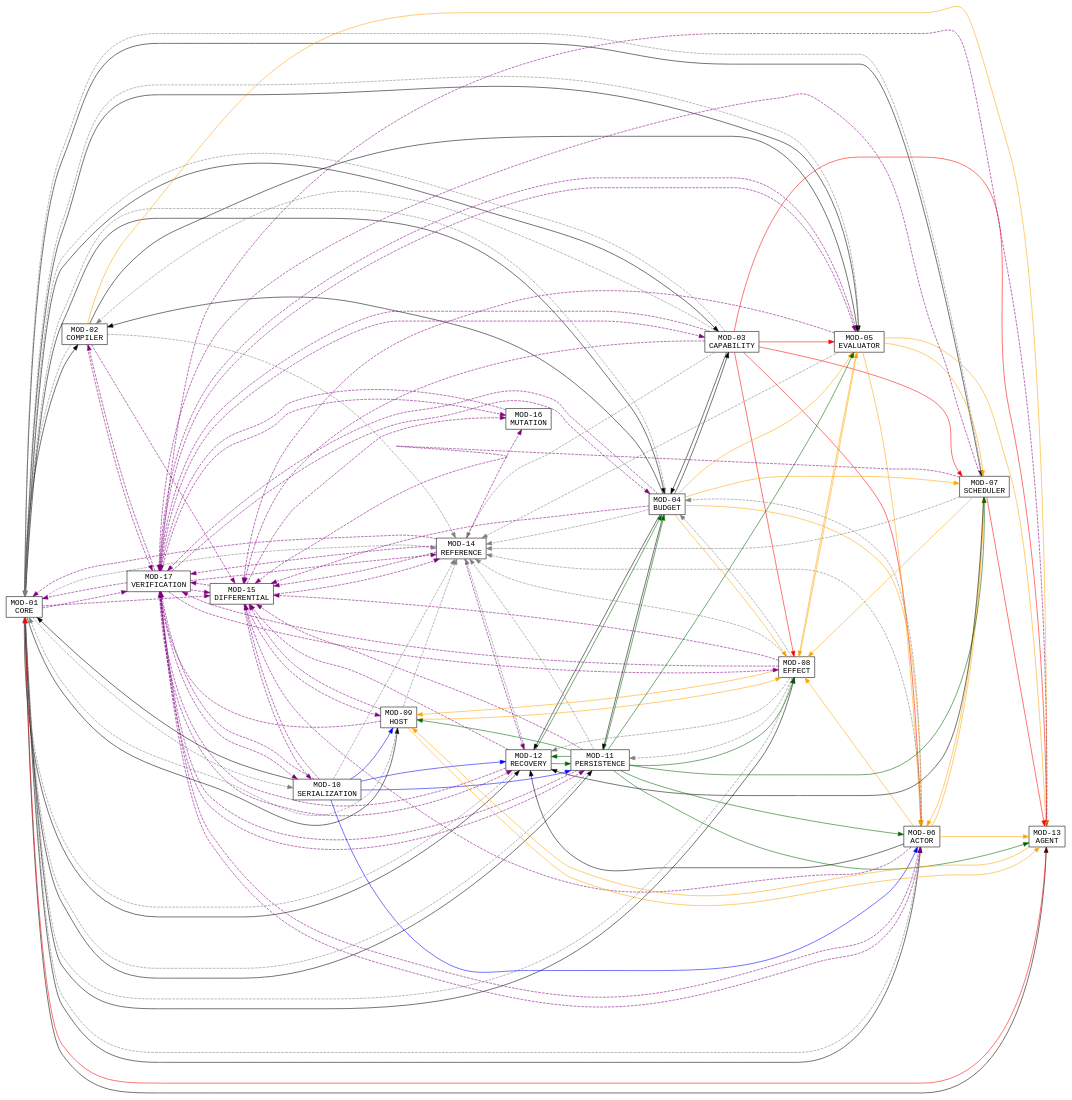
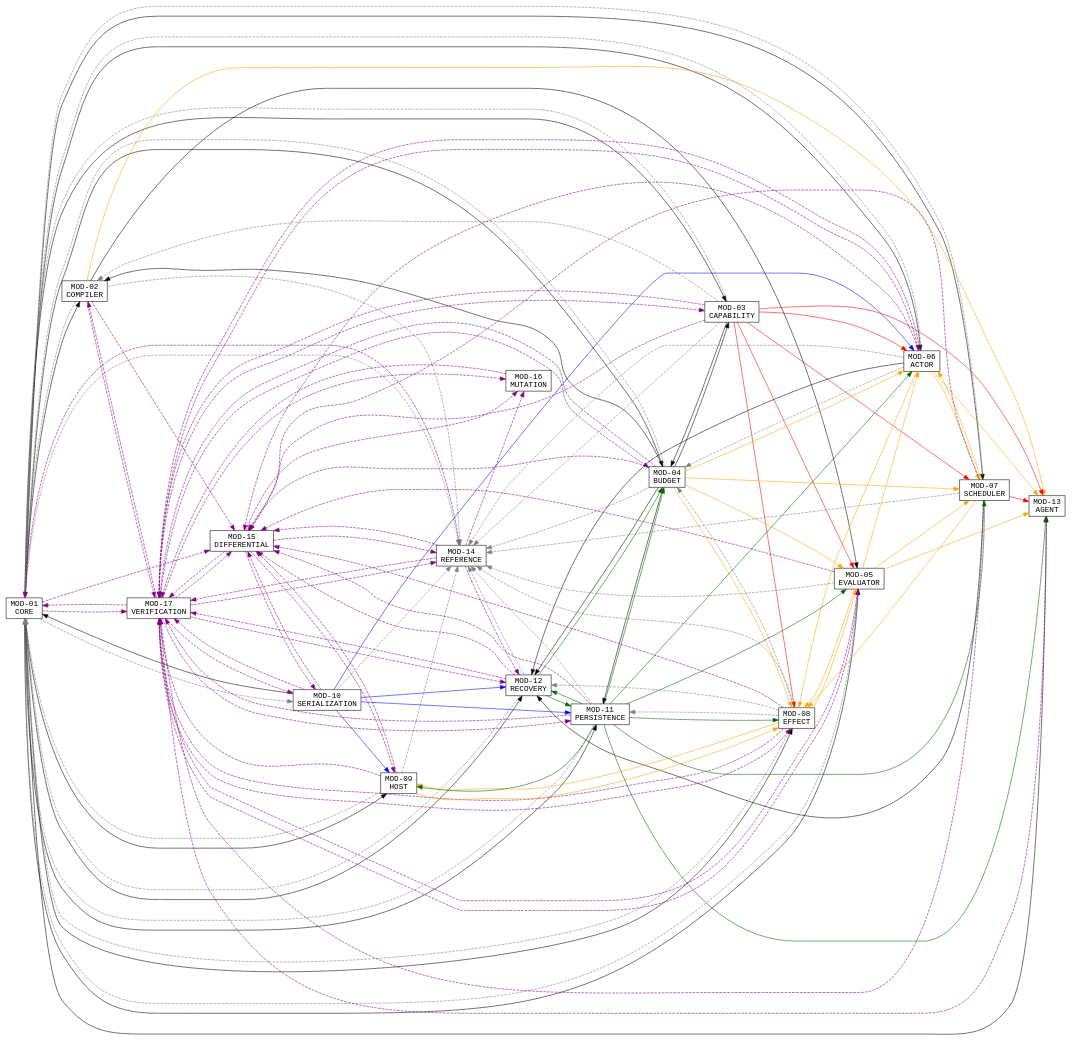
Before and after one commit to Abdus2023/Red-on-Rust: the second of 2 diagrams in dep/01-graph.md, drawn with Graphviz. The commit also changed other lines of this file and 13 other files, not shown here.

```diff
--- a/dep/01-graph.md
+++ b/dep/01-graph.md
@@ -399,15 +396,12 @@
   "MOD-08" -> "MOD-05" [color=orange, style=solid];  // RUNTIME_DEPENDENCY
   "MOD-08" -> "MOD-09" [color=orange, style=solid];  // RUNTIME_DEPENDENCY
   "MOD-09" -> "MOD-08" [color=orange, style=solid];  // RUNTIME_DEPENDENCY
-  "MOD-09" -> "MOD-13" [color=orange, style=solid];  // RUNTIME_DEPENDENCY
-  "MOD-13" -> "MOD-09" [color=orange, style=solid];  // RUNTIME_DEPENDENCY
   "MOD-03" -> "MOD-05" [color=red, style=solid];  // SECURITY_DEPENDENCY
   "MOD-03" -> "MOD-06" [color=red, style=solid];  // SECURITY_DEPENDENCY
   "MOD-03" -> "MOD-07" [color=red, style=solid];  // SECURITY_DEPENDENCY
   "MOD-03" -> "MOD-08" [color=red, style=solid];  // SECURITY_DEPENDENCY
   "MOD-03" -> "MOD-13" [color=red, style=solid];  // SECURITY_DEPENDENCY
   "MOD-07" -> "MOD-13" [color=red, style=solid];  // SECURITY_DEPENDENCY
-  "MOD-13" -> "MOD-01" [color=red, style=solid];  // SECURITY_DEPENDENCY
   "MOD-01" -> "MOD-10" [color=gray50, style=dashed];  // SEMANTIC_DEPENDENCY
   "MOD-01" -> "MOD-14" [color=gray50, style=dashed];  // SEMANTIC_DEPENDENCY
   "MOD-02" -> "MOD-01" [color=gray50, style=dashed];  // SEMANTIC_DEPENDENCY
```
